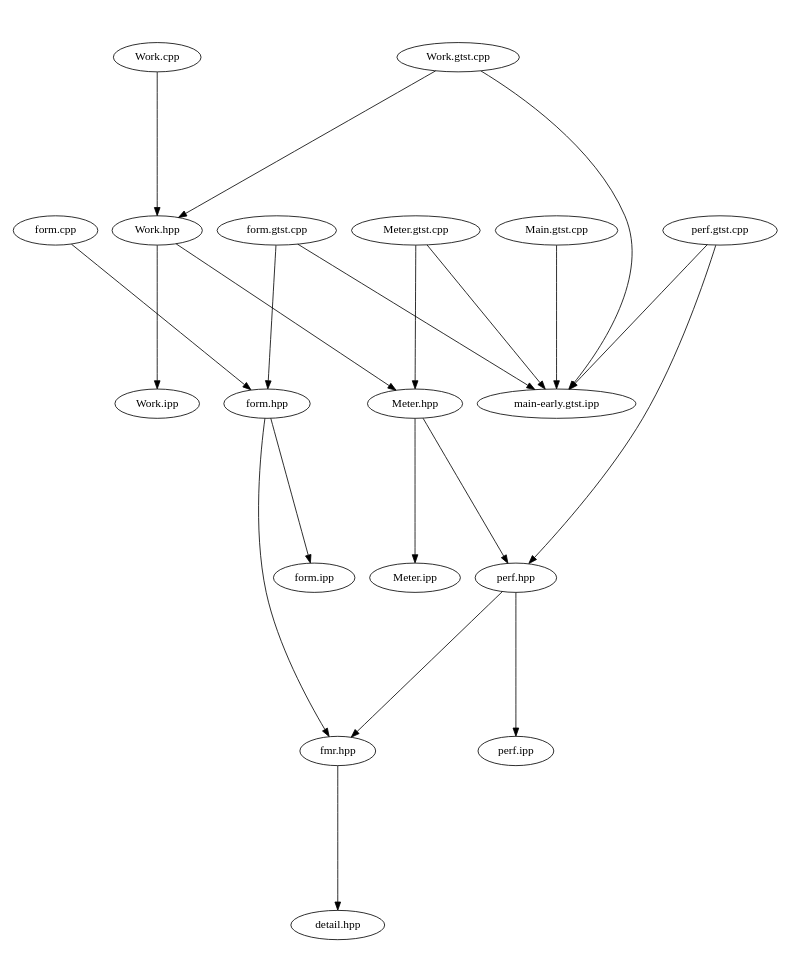
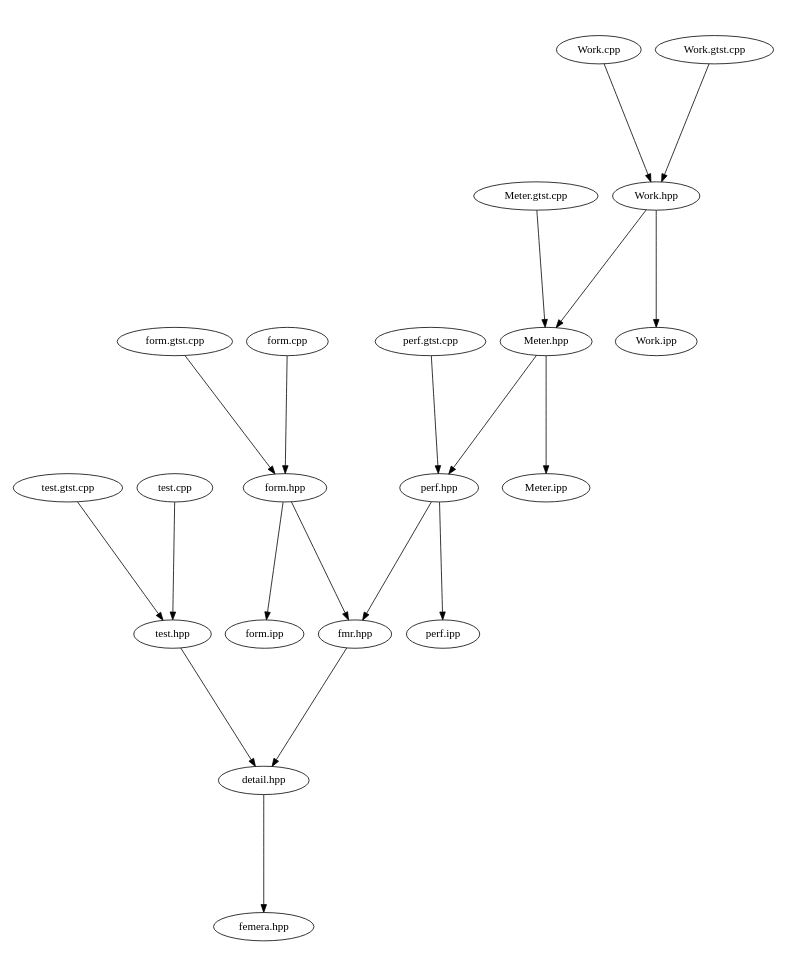
The diagram in src/docs/src.dot (waggyz/femera-mini-app), drawn with Graphviz before and after one commit. The commit also changed 17 other files, not shown here.

Commit message:
refactored src/femera/main-early.gtst.ipp as fmr::detail::test::early_main(..)

```diff
--- a/src/docs/src.dot
+++ b/src/docs/src.dot
@@ -1,28 +1,27 @@
 digraph "source tree" {
     overlap=scale;
     size="8,10";
     ratio="fill";
     fontsize="16";
     fontname="Helvetica";
 	clusterrank="local";
 	"Meter.hpp" -> "perf.hpp"
 	"perf.hpp" -> "fmr.hpp"
-	"Main.gtst.cpp" -> "main-early.gtst.ipp"
+	"test.gtst.cpp" -> "test.hpp"
+	"test.cpp" -> "test.hpp"
 	"form.gtst.cpp" -> "form.hpp"
-	"perf.gtst.cpp" -> "main-early.gtst.ipp"
-	"Meter.gtst.cpp" -> "main-early.gtst.ipp"
 	"Work.hpp" -> "Work.ipp"
 	"Meter.gtst.cpp" -> "Meter.hpp"
 	"form.cpp" -> "form.hpp"
 	"perf.hpp" -> "perf.ipp"
 	"form.hpp" -> "fmr.hpp"
 	"form.hpp" -> "form.ipp"
+	"detail.hpp" -> "femera.hpp"
 	"perf.gtst.cpp" -> "perf.hpp"
 	"Work.hpp" -> "Meter.hpp"
 	"Work.cpp" -> "Work.hpp"
+	"test.hpp" -> "detail.hpp"
 	"Work.gtst.cpp" -> "Work.hpp"
-	"form.gtst.cpp" -> "main-early.gtst.ipp"
 	"Meter.hpp" -> "Meter.ipp"
-	"Work.gtst.cpp" -> "main-early.gtst.ipp"
 	"fmr.hpp" -> "detail.hpp"
 }
```
